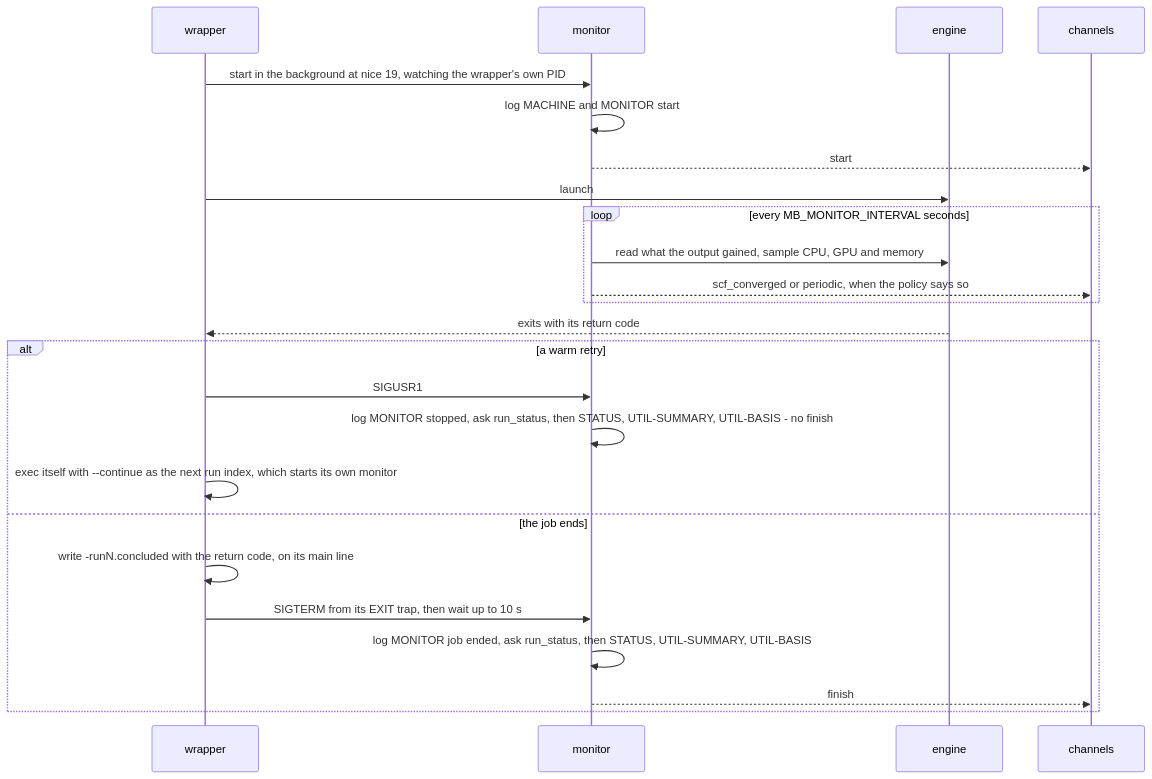
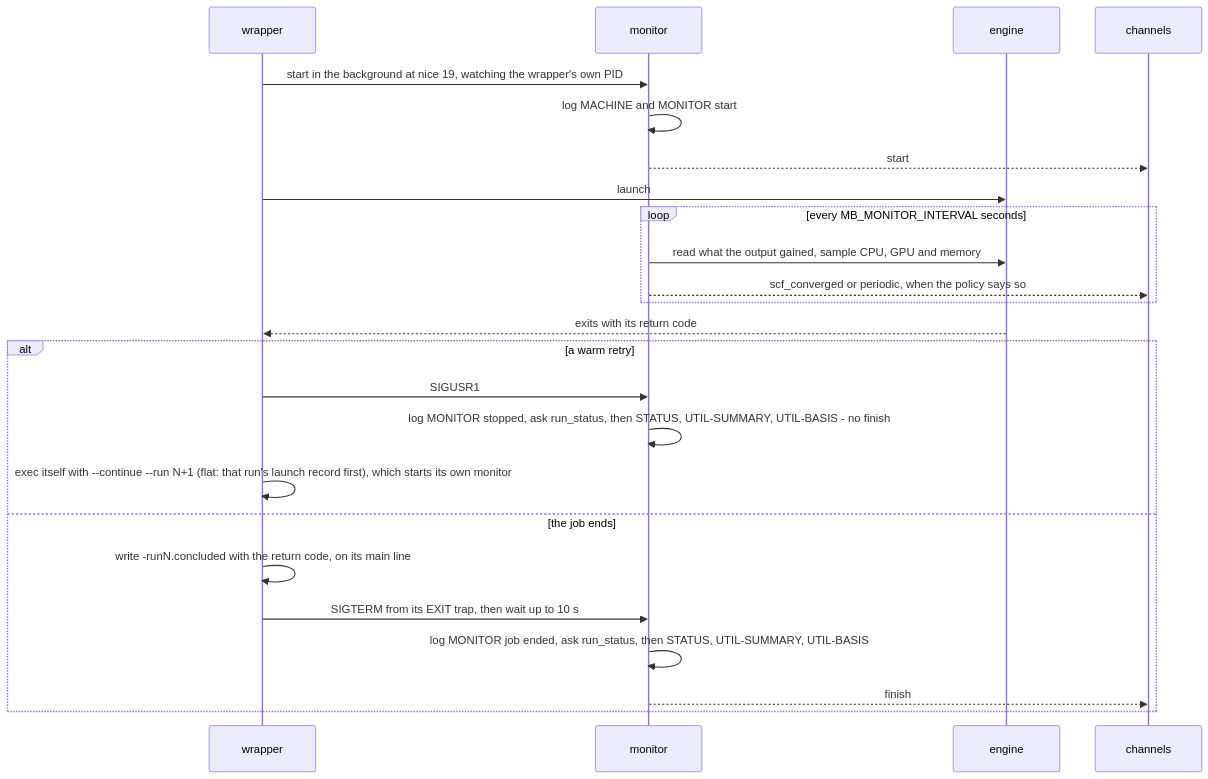
The second of 3 diagrams in docs/execution/run-reports.md (Qing-LAB/molbuilder), drawn with Mermaid before and after one commit. The commit also changed other lines of this file and 745 other files, not shown here.

````diff
--- a/docs/execution/run-reports.md
+++ b/docs/execution/run-reports.md
@@ -248,26 +249,26 @@
 ```mermaid
 sequenceDiagram
     participant W as wrapper
     participant M as monitor
     participant E as engine
     participant C as channels
     W->>M: start in the background at nice 19, watching the wrapper's own PID
     M->>M: log MACHINE and MONITOR start
     M-->>C: start
     W->>E: launch
     loop every MB_MONITOR_INTERVAL seconds
         M->>E: read what the output gained, sample CPU, GPU and memory
         M-->>C: scf_converged or periodic, when the policy says so
     end
     E-->>W: exits with its return code
     alt a warm retry
         W->>M: SIGUSR1
         M->>M: log MONITOR stopped, ask run_status, then STATUS, UTIL-SUMMARY, UTIL-BASIS - no finish
-        W->>W: exec itself with --continue as the next run index, which starts its own monitor
+        W->>W: exec itself with --continue --run N+1 (flat: that run's launch record first), which starts its own monitor
     else the job ends
         W->>W: write -runN.concluded with the return code, on its main line
         W->>M: SIGTERM from its EXIT trap, then wait up to 10 s
         M->>M: log MONITOR job ended, ask run_status, then STATUS, UTIL-SUMMARY, UTIL-BASIS
         M-->>C: finish
     end
 ```
````
